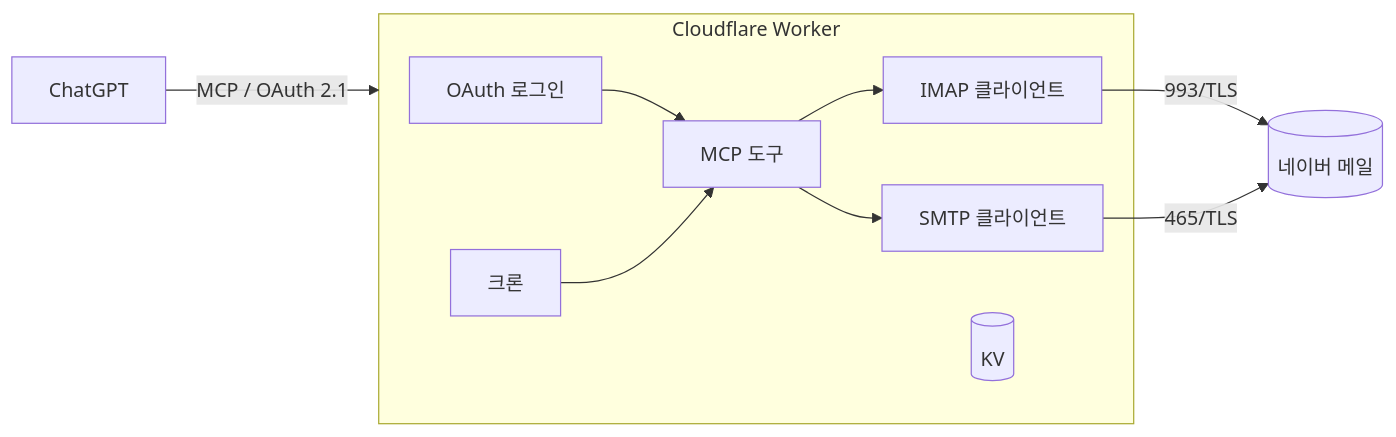
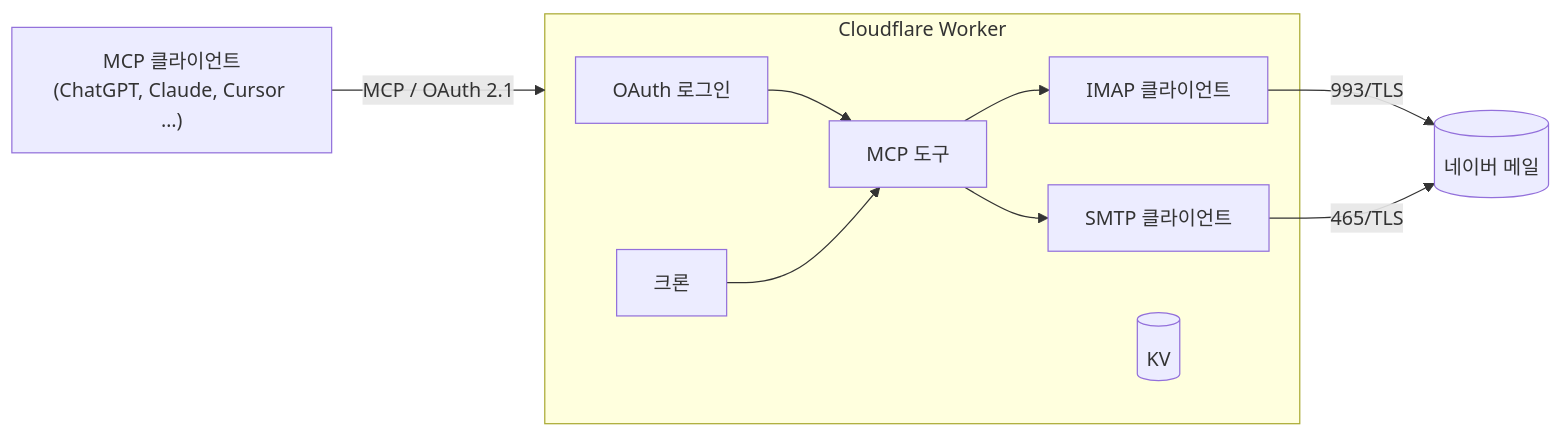
The diagram in README.md (yakisoba0728/nmail-mcp), drawn with Mermaid before and after one commit. The commit also changed other lines of this file and 2 other files, not shown here.

````diff
--- a/README.md
+++ b/README.md
@@ -109,13 +117,13 @@
 ```mermaid
 flowchart LR
-  C[ChatGPT] -- "MCP / OAuth 2.1" --> W
+  C["MCP 클라이언트<br/>(ChatGPT, Claude, Cursor …)"] -- "MCP / OAuth 2.1" --> W
   subgraph W[Cloudflare Worker]
     A[OAuth 로그인] --> T[MCP 도구]
     T --> I[IMAP 클라이언트]
     T --> S[SMTP 클라이언트]
     K[(KV)]
     Cron[크론] --> T
   end
   I -- "993/TLS" --> N[(네이버 메일)]
   S -- "465/TLS" --> N
 ```
````
